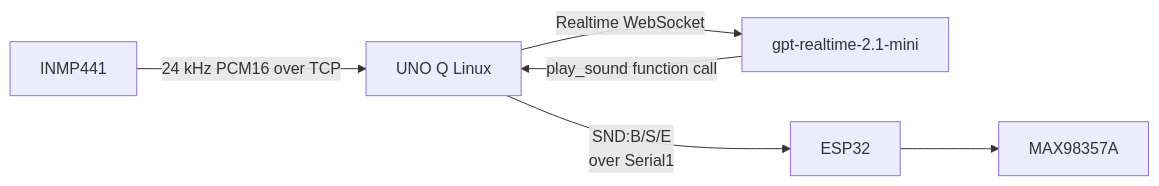
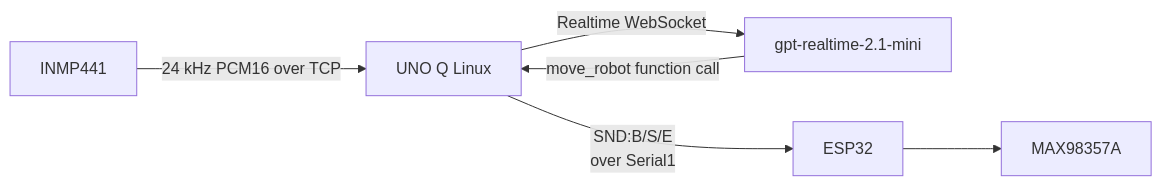
One commit to BenYogesh/RoboDog changed the diagram in docs/speech-test.md. Above: the diagram before and after it, drawn with Mermaid. The commit also changed other lines of this file and 3 other files, not shown here.

````diff
--- a/docs/speech-test.md
+++ b/docs/speech-test.md
@@ -5,8 +8,8 @@
 ```mermaid
 flowchart LR
   M[INMP441] -->|24 kHz PCM16 over TCP| Q[UNO Q Linux]
   Q -->|Realtime WebSocket| O[gpt-realtime-2.1-mini]
-  O -->|play_sound function call| Q
+  O -->|move_robot function call| Q
   Q -->|SND:B/S/E\n over Serial1| E[ESP32]
   E --> A[MAX98357A]
 ```
````
